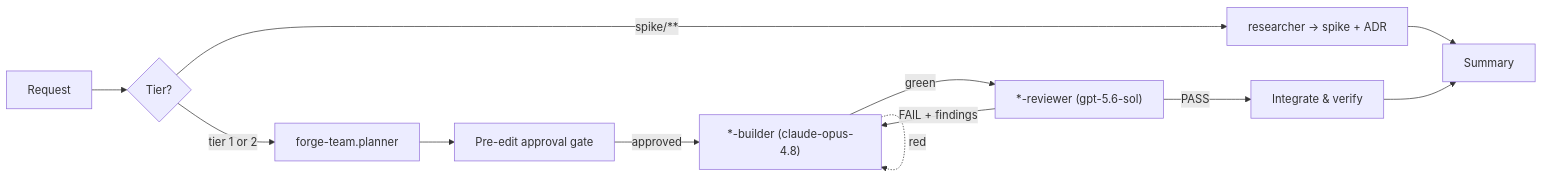
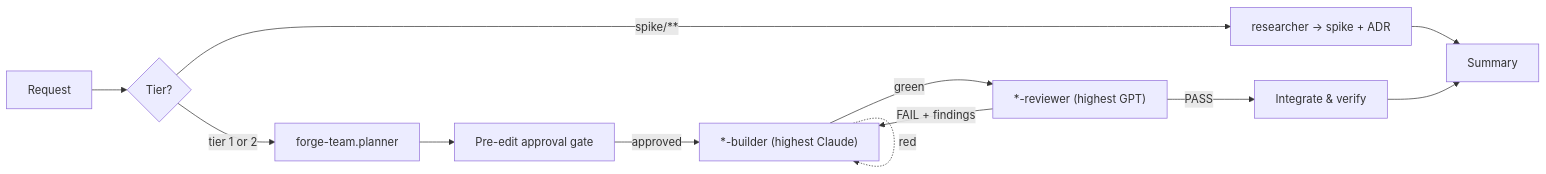
The diagram in README.md (jacen555/demo), drawn with Mermaid before and after one commit. The commit also changed 11 other files, not shown here.

````diff
--- a/README.md
+++ b/README.md
@@ -44,14 +44,14 @@
 ```mermaid
 graph LR
   U[Request] --> T{Tier?}
   T -->|spike/**| SP[researcher → spike + ADR]
   T -->|tier 1 or 2| P[forge-team.planner]
   P --> A[Pre-edit approval gate]
-  A -->|approved| B["*-builder (claude-opus-4.8)"]
-  B -->|green| R["*-reviewer (gpt-5.6-sol)"]
+  A -->|approved| B["*-builder (highest Claude)"]
+  B -->|green| R["*-reviewer (highest GPT)"]
   B -.red.-> B
   R -->|FAIL + findings| B
   R -->|PASS| D[Integrate & verify]
   SP --> U2[Summary]
   D --> U2
 ```
````
